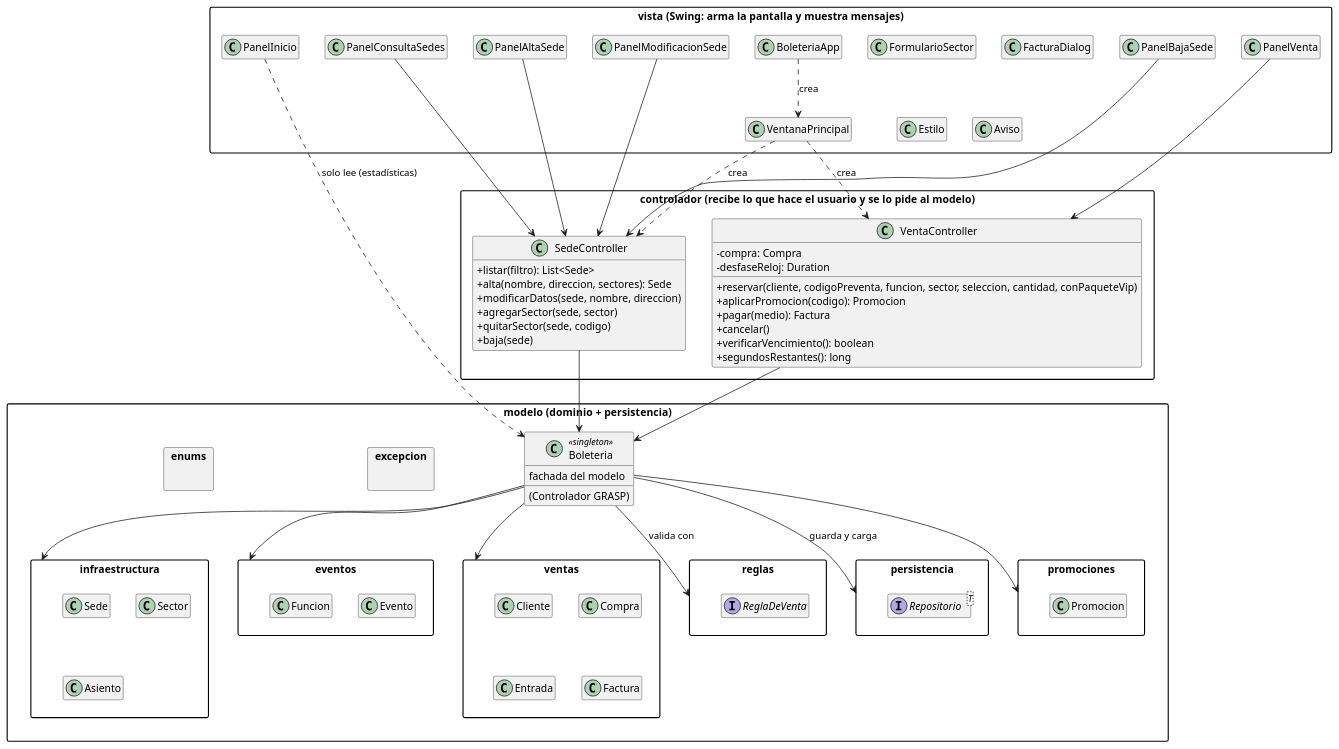
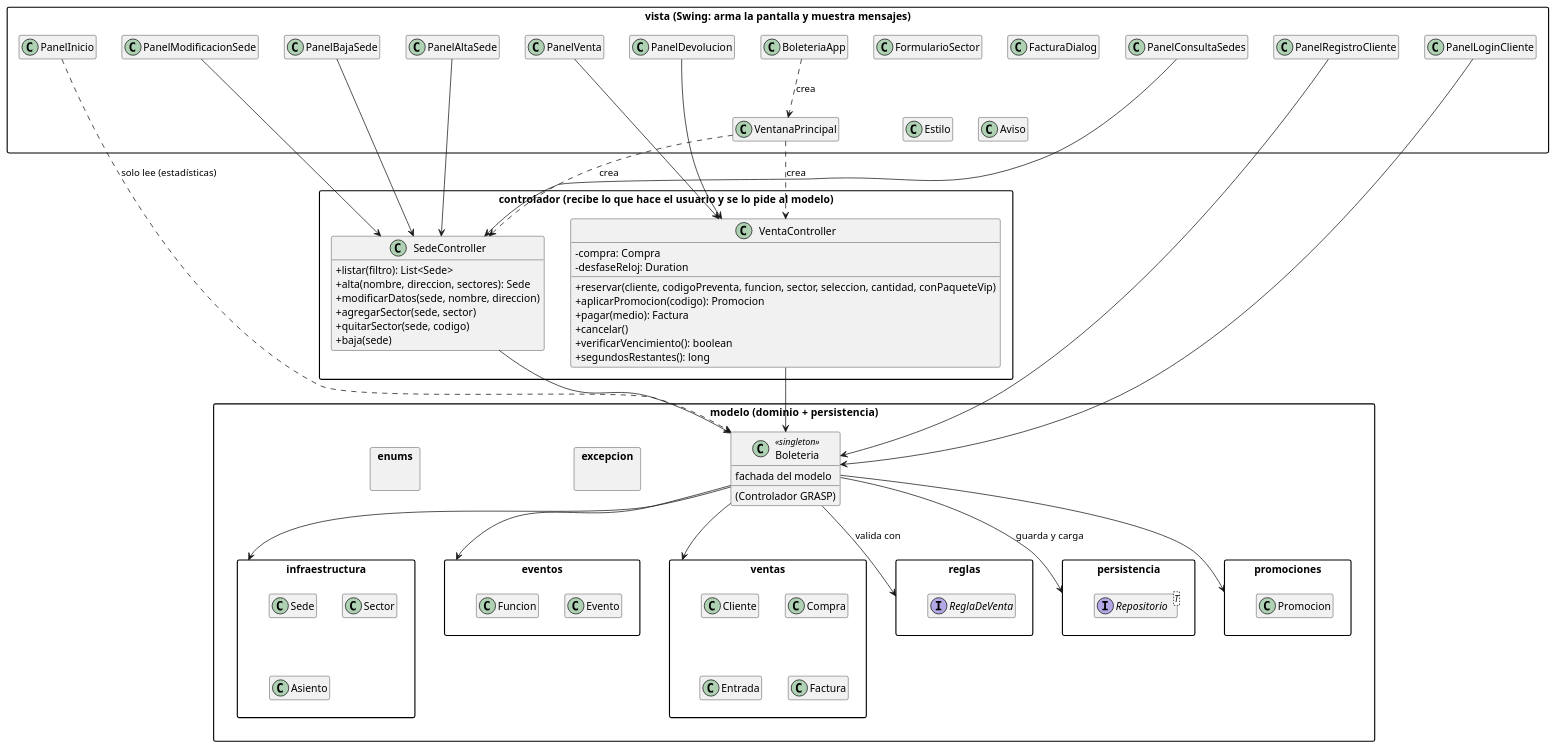
Before and after one commit to malenitaa/paradigma_tpo_2026: the diagram in diagramas/arquitectura/mvc.puml, drawn with PlantUML. The commit also changed 5 other files, not shown here.

First line of the commit message:
Alinear UML y docs tras verificación E2E final.

```diff
--- a/diagramas/arquitectura/mvc.puml
+++ b/diagramas/arquitectura/mvc.puml
@@ -1,106 +1,112 @@
 @startuml TPO_arquitectura_mvc
 ' TPO Paradigma Orientado a Objetos - Grupo 3
 ' Cómo se reparte el código en las tres capas de MVC (paquete ar.edu.uade.poo.grupo3.tpo).
-' El detalle de cada clase del modelo está en diagramas/clases/diagrama_clases_v4.
+' El detalle de cada clase del modelo está en diagramas/clases/diagrama_clases_entrega2.puml.
 
 skinparam shadowing false
 skinparam packageStyle rectangle
 skinparam classAttributeIconSize 0
 hide empty members
 top to bottom direction
 
 package "vista  (Swing: arma la pantalla y muestra mensajes)" as vista {
   class BoleteriaApp
   class VentanaPrincipal
   class PanelInicio
   class PanelConsultaSedes
   class PanelAltaSede
   class PanelModificacionSede
   class PanelBajaSede
   class FormularioSector
   class PanelVenta
+  class PanelDevolucion
+  class PanelRegistroCliente
+  class PanelLoginCliente
   class FacturaDialog
   class Estilo
   class Aviso
 }
 
 package "controlador  (recibe lo que hace el usuario y se lo pide al modelo)" as controlador {
   class SedeController {
     +listar(filtro): List<Sede>
     +alta(nombre, direccion, sectores): Sede
     +modificarDatos(sede, nombre, direccion)
     +agregarSector(sede, sector)
     +quitarSector(sede, codigo)
     +baja(sede)
   }
   class VentaController {
     -compra: Compra
     -desfaseReloj: Duration
     +reservar(cliente, codigoPreventa, funcion, sector, seleccion, cantidad, conPaqueteVip)
     +aplicarPromocion(codigo): Promocion
     +pagar(medio): Factura
     +cancelar()
     +verificarVencimiento(): boolean
     +segundosRestantes(): long
   }
 }
 
 package "modelo  (dominio + persistencia)" as modelo {
   class Boleteria <<singleton>> {
     fachada del modelo
     (Controlador GRASP)
   }
   package infraestructura {
     class Sede
     class Sector
     class Asiento
   }
   package eventos {
     class Evento
     class Funcion
   }
   package ventas {
     class Cliente
     class Compra
     class Entrada
     class Factura
   }
   package reglas {
     interface ReglaDeVenta
   }
   package persistencia {
     interface "Repositorio<T>" as Repositorio
   }
   package promociones {
     class Promocion
   }
   package excepcion {
   }
   package enums {
   }
 }
 
 ' Vista -> Controlador
 BoleteriaApp ..> VentanaPrincipal : crea
 VentanaPrincipal ..> SedeController : crea
 VentanaPrincipal ..> VentaController : crea
 PanelConsultaSedes --> SedeController
 PanelAltaSede --> SedeController
 PanelModificacionSede --> SedeController
 PanelBajaSede --> SedeController
 PanelVenta --> VentaController
+PanelDevolucion --> VentaController
+PanelRegistroCliente --> Boleteria
+PanelLoginCliente --> Boleteria
 PanelInicio ..> Boleteria : solo lee (estadísticas)
 
 ' Controlador -> Modelo
 SedeController --> Boleteria
 VentaController --> Boleteria
 
 ' Modelo
 Boleteria --> infraestructura
 Boleteria --> eventos
 Boleteria --> ventas
 Boleteria --> reglas : valida con
 Boleteria --> promociones
 Boleteria --> persistencia : guarda y carga
 
 @enduml
```
